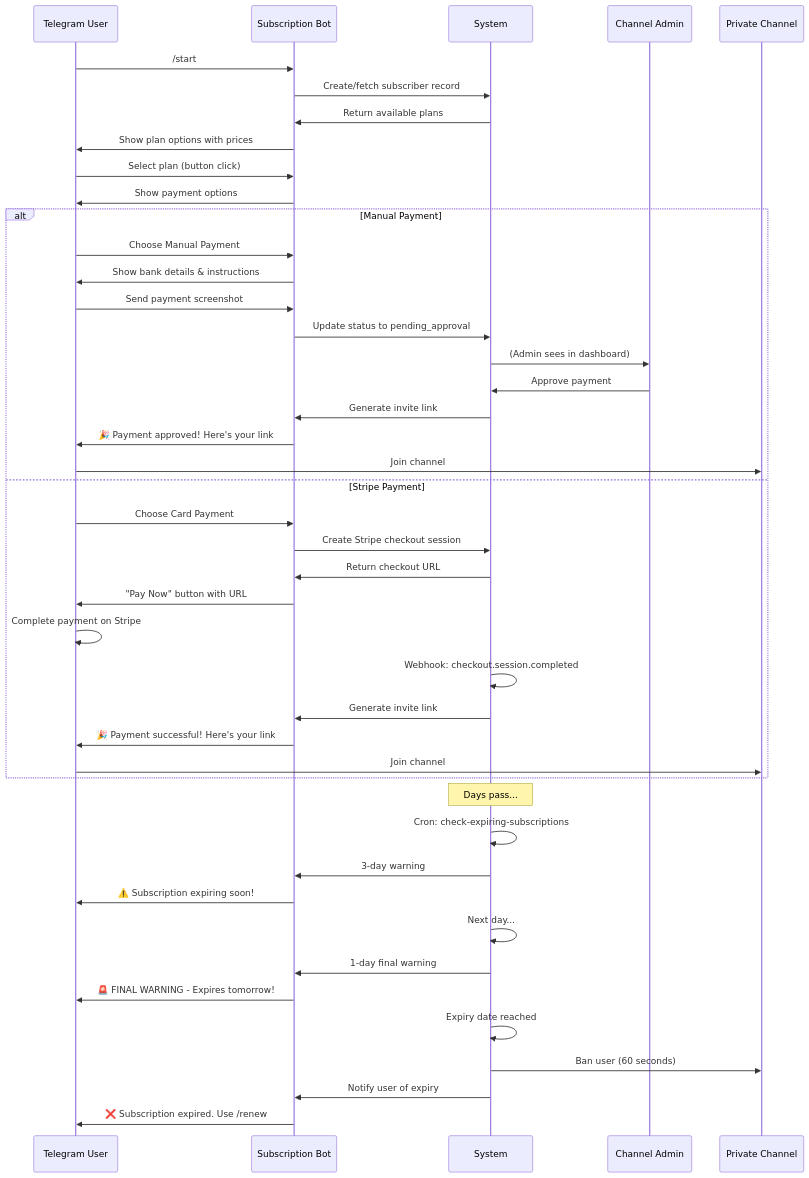
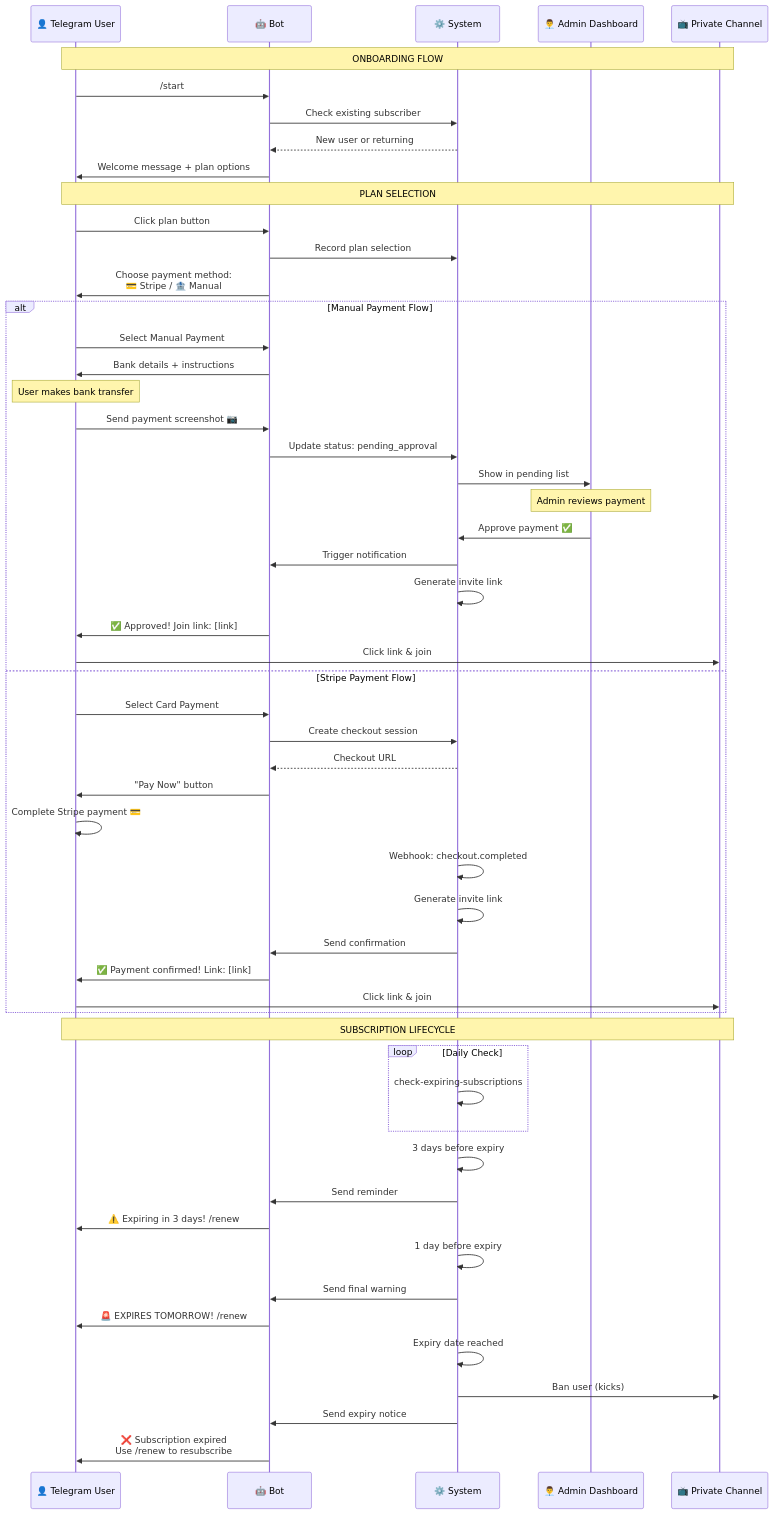
The second of 14 diagrams in DOCUMENTATION.md (Abdelmalk4/subscribehub), drawn with Mermaid before and after one commit. The commit also changed other lines of this file, not shown here.

````diff
--- a/DOCUMENTATION.md
+++ b/DOCUMENTATION.md
@@ -112,53 +176,63 @@
 ```mermaid
 sequenceDiagram
-    participant U as Telegram User
-    participant B as Subscription Bot
-    participant S as System
-    participant A as Channel Admin
-    participant C as Private Channel
+    participant U as 👤 Telegram User
+    participant B as 🤖 Bot
+    participant S as ⚙️ System
+    participant A as 👨‍💼 Admin Dashboard
+    participant C as 📺 Private Channel
 
+    Note over U,C: ONBOARDING FLOW
     U->>B: /start
-    B->>S: Create/fetch subscriber record
-    S->>B: Return available plans
-    B->>U: Show plan options with prices
+    B->>S: Check existing subscriber
+    S-->>B: New user or returning
+    B->>U: Welcome message + plan options
     
-    U->>B: Select plan (button click)
-    B->>U: Show payment options
-    
-    alt Manual Payment
-        U->>B: Choose Manual Payment
-        B->>U: Show bank details & instructions
-        U->>B: Send payment screenshot
-        B->>S: Update status to pending_approval
-        S->>A: (Admin sees in dashboard)
-        A->>S: Approve payment
-        S->>B: Generate invite link
-        B->>U: 🎉 Payment approved! Here's your link
-        U->>C: Join channel
-    else Stripe Payment
-        U->>B: Choose Card Payment
-        B->>S: Create Stripe checkout session
-        S->>B: Return checkout URL
-        B->>U: "Pay Now" button with URL
-        U->>U: Complete payment on Stripe
-        S->>S: Webhook: checkout.session.completed
-        S->>B: Generate invite link
-        B->>U: 🎉 Payment successful! Here's your link
-        U->>C: Join channel
+    Note over U,C: PLAN SELECTION
+    U->>B: Click plan button
+    B->>S: Record plan selection
+    B->>U: Choose payment method:<br/>💳 Stripe / 🏦 Manual
+
+    alt Manual Payment Flow
+        U->>B: Select Manual Payment
+        B->>U: Bank details + instructions
+        Note over U: User makes bank transfer
+        U->>B: Send payment screenshot 📷
+        B->>S: Update status: pending_approval
+        S->>A: Show in pending list
+        Note over A: Admin reviews payment
+        A->>S: Approve payment ✅
+        S->>B: Trigger notification
+        S->>S: Generate invite link
+        B->>U: ✅ Approved! Join link: [link]
+        U->>C: Click link & join
+    else Stripe Payment Flow
+        U->>B: Select Card Payment
+        B->>S: Create checkout session
+        S-->>B: Checkout URL
+        B->>U: "Pay Now" button
+        U->>U: Complete Stripe payment 💳
+        S->>S: Webhook: checkout.completed
+        S->>S: Generate invite link
+        S->>B: Send confirmation
+        B->>U: ✅ Payment confirmed! Link: [link]
+        U->>C: Click link & join
+    end
+
+    Note over U,C: SUBSCRIPTION LIFECYCLE
+    loop Daily Check
+        S->>S: check-expiring-subscriptions
     end
     
-    Note over S: Days pass...
-    
-    S->>S: Cron: check-expiring-subscriptions
-    S->>B: 3-day warning
-    B->>U: ⚠️ Subscription expiring soon!
-    
-    S->>S: Next day...
-    S->>B: 1-day final warning
-    B->>U: 🚨 FINAL WARNING - Expires tomorrow!
-    
+    S->>S: 3 days before expiry
+    S->>B: Send reminder
+    B->>U: ⚠️ Expiring in 3 days! /renew
+
+    S->>S: 1 day before expiry
+    S->>B: Send final warning
+    B->>U: 🚨 EXPIRES TOMORROW! /renew
+
     S->>S: Expiry date reached
-    S->>C: Ban user (60 seconds)
-    S->>B: Notify user of expiry
-    B->>U: ❌ Subscription expired. Use /renew
+    S->>C: Ban user (kicks)
+    S->>B: Send expiry notice
+    B->>U: ❌ Subscription expired<br/>Use /renew to resubscribe
 ```
````
